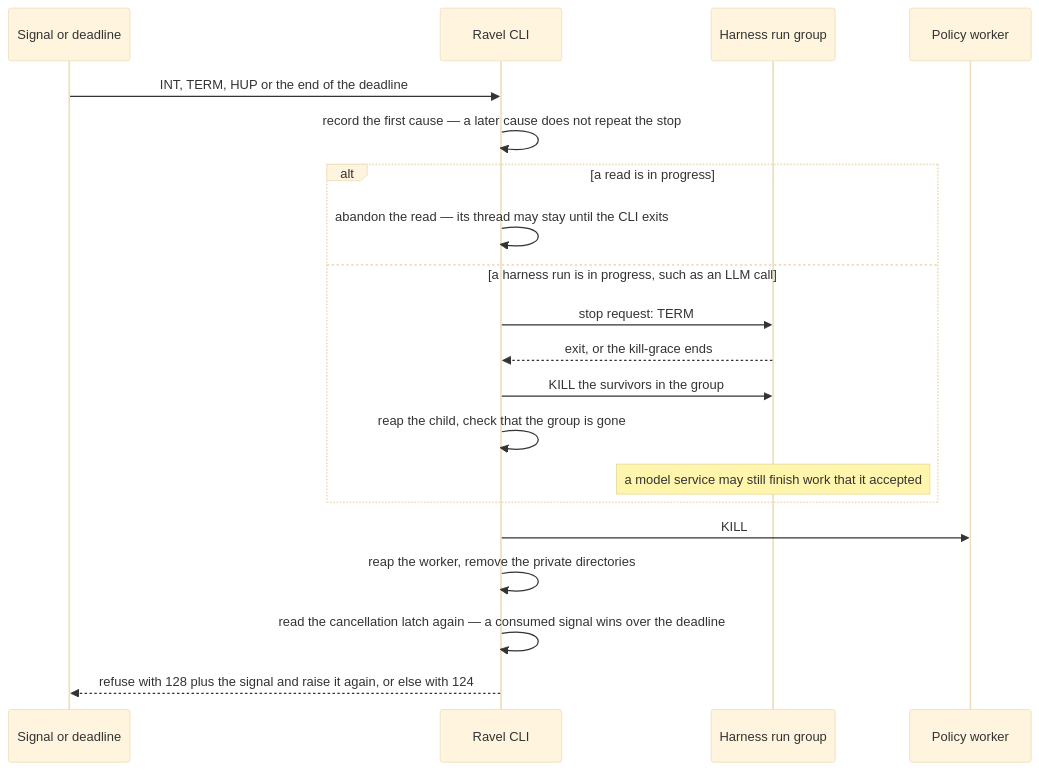
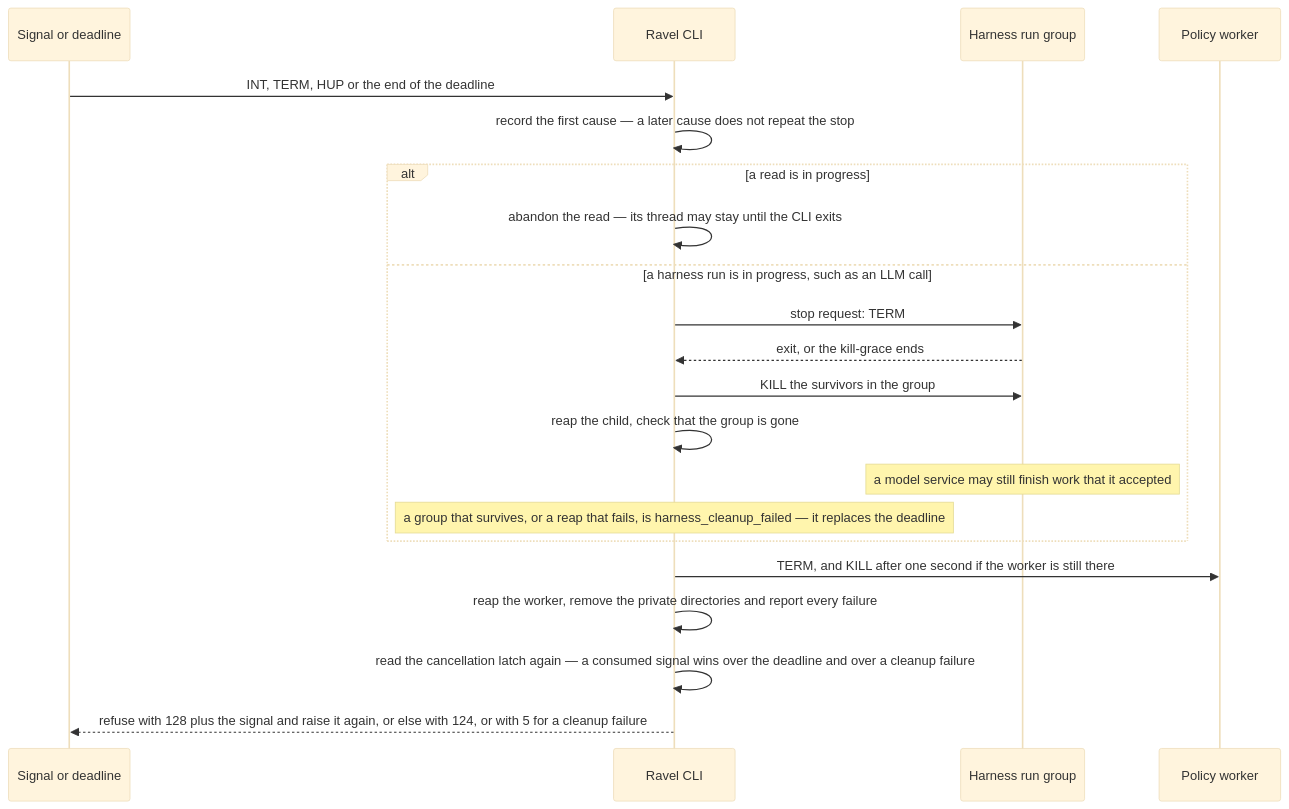
The diagram in docs/design/rhai-policy/stopping-sequence.mmd (Linkuistics/Ravel), drawn with Mermaid (base theme) before and after one commit. The commit also changed 11 other files, not shown here.

Commit message:
rhai-stop-order-k24: prove the ordered stop at the CLI seam (signal after the deadline, first signal as the cause, cleanup failures as exit 5), derive the settle ceiling from the runner's kill-grace, and align the spec and the stopping view with the code; inserts rhai-linux-clippy-dead-code-k68

```diff
--- a/docs/design/rhai-policy/stopping-sequence.mmd
+++ b/docs/design/rhai-policy/stopping-sequence.mmd
@@ -1,20 +1,21 @@
 sequenceDiagram
   participant S as Signal or deadline
   participant R as Ravel CLI
   participant H as Harness run group
   participant W as Policy worker
   S->>R: INT, TERM, HUP or the end of the deadline
   R->>R: record the first cause — a later cause does not repeat the stop
   alt a read is in progress
     R->>R: abandon the read — its thread may stay until the CLI exits
   else a harness run is in progress, such as an LLM call
     R->>H: stop request: TERM
     H-->>R: exit, or the kill-grace ends
     R->>H: KILL the survivors in the group
     R->>R: reap the child, check that the group is gone
     Note over H: a model service may still finish work that it accepted
+    Note over R: a group that survives, or a reap that fails, is harness_cleanup_failed — it replaces the deadline
   end
-  R->>W: KILL
-  R->>R: reap the worker, remove the private directories
-  R->>R: read the cancellation latch again — a consumed signal wins over the deadline
-  R-->>S: refuse with 128 plus the signal and raise it again, or else with 124
+  R->>W: TERM, and KILL after one second if the worker is still there
+  R->>R: reap the worker, remove the private directories and report every failure
+  R->>R: read the cancellation latch again — a consumed signal wins over the deadline and over a cleanup failure
+  R-->>S: refuse with 128 plus the signal and raise it again, or else with 124, or with 5 for a cleanup failure
```
